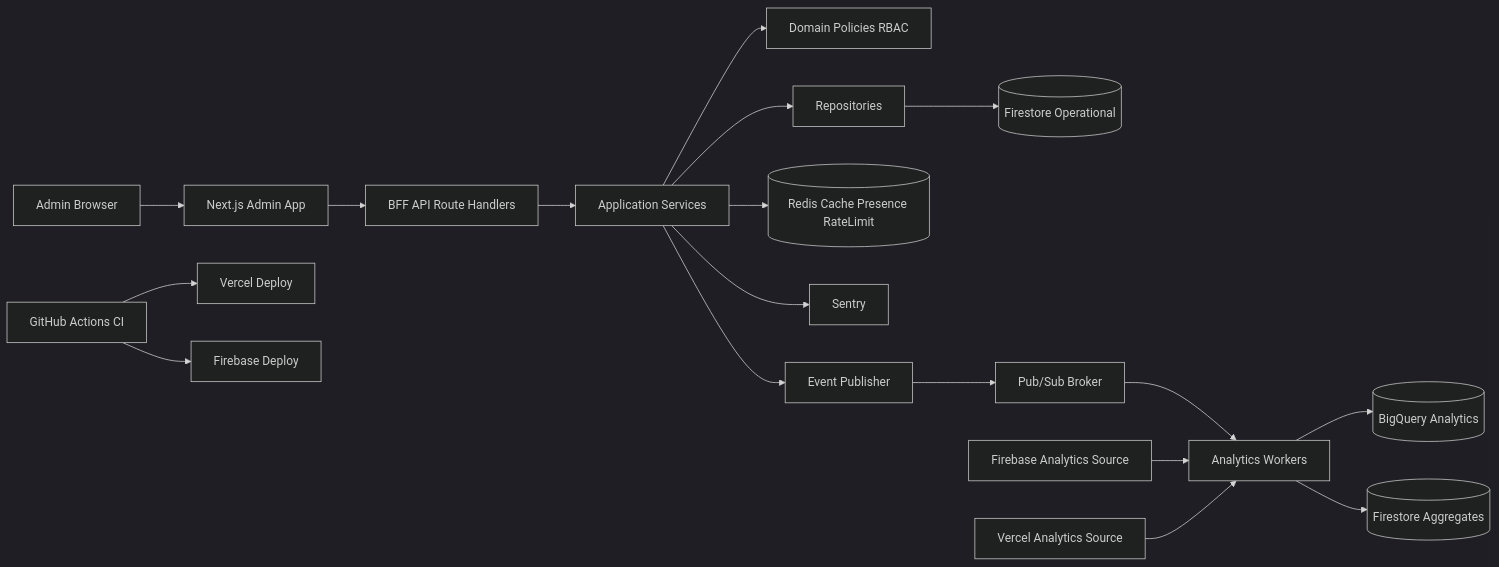
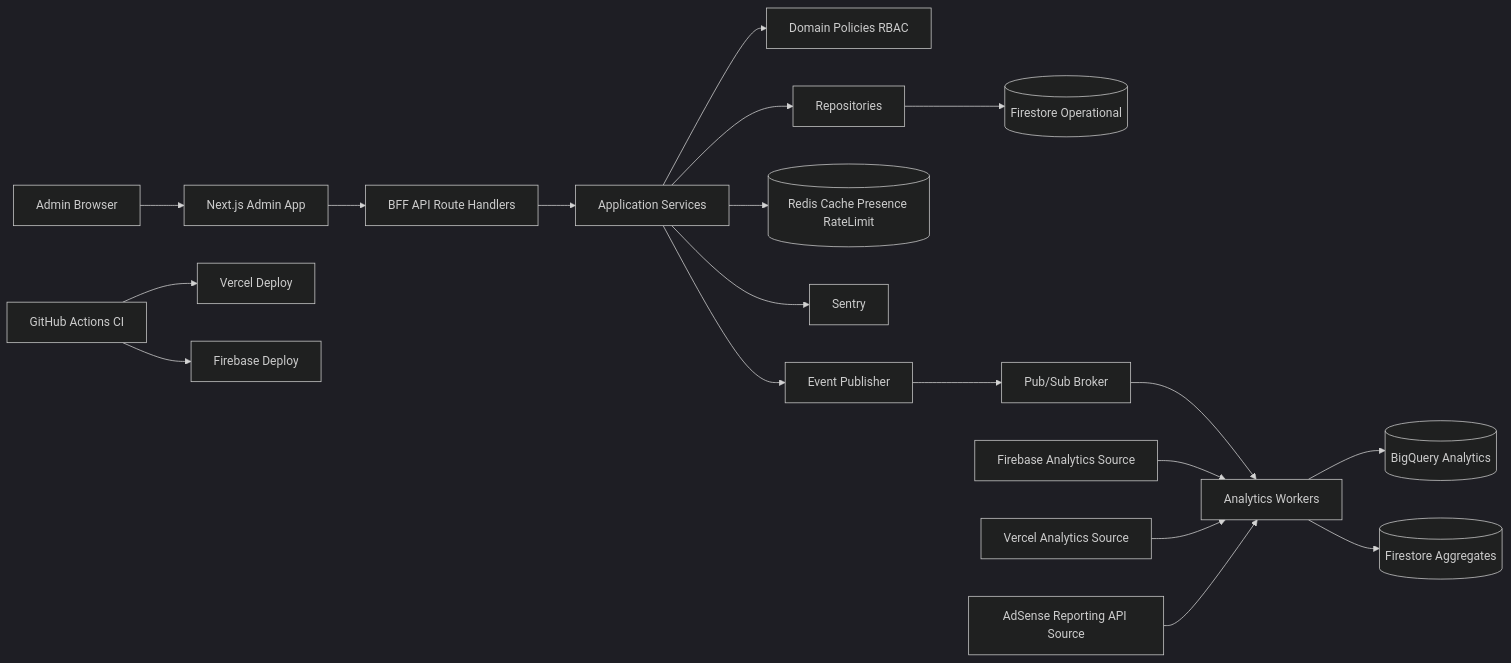
One commit to GlennEriss/trouve-ton-nkama changed the diagram in apps/location-maison-admin/docs/architecture/ARCHITECTURE-OVERVIEW.md. Above: the diagram before and after it, drawn with Mermaid (dark theme). The commit also changed other lines of this file and 40 other files, not shown here.

````diff
--- a/apps/location-maison-admin/docs/architecture/ARCHITECTURE-OVERVIEW.md
+++ b/apps/location-maison-admin/docs/architecture/ARCHITECTURE-OVERVIEW.md
@@ -20,25 +20,26 @@
 ```mermaid
 flowchart LR
   A[Admin Browser] --> B[Next.js Admin App]
   B --> C[BFF API Route Handlers]
   C --> D[Application Services]
   D --> E[Domain Policies RBAC]
   D --> F[Repositories]
 
   F --> G[(Firestore Operational)]
   D --> H[(Redis Cache Presence RateLimit)]
   D --> I[Sentry]
 
   D --> J[Event Publisher]
   J --> K[Pub/Sub Broker]
   K --> L[Analytics Workers]
 
   L --> M[(BigQuery Analytics)]
   L --> N[(Firestore Aggregates)]
 
   O[Firebase Analytics Source] --> L
   P[Vercel Analytics Source] --> L
+  T[AdSense Reporting API Source] --> L
 
   Q[GitHub Actions CI] --> R[Vercel Deploy]
   Q --> S[Firebase Deploy]
 ```
````
